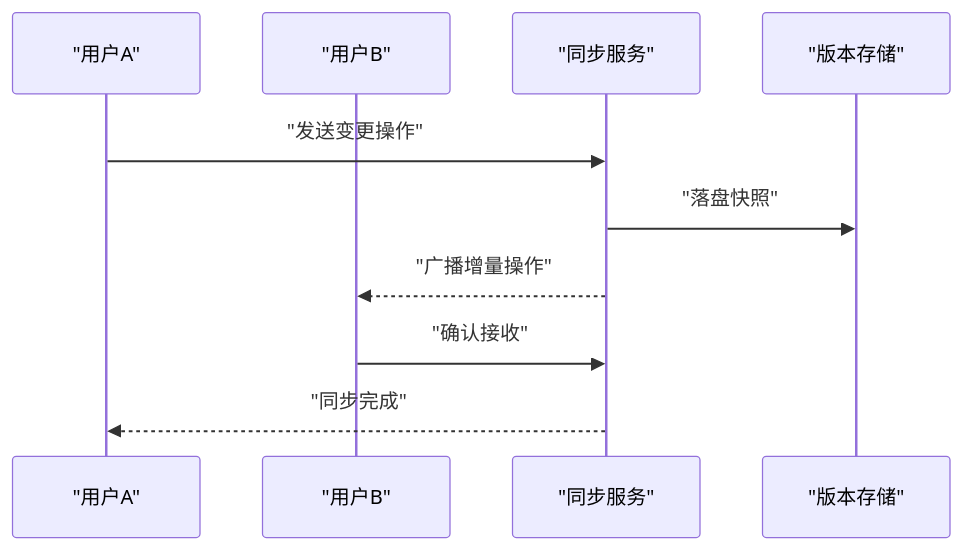
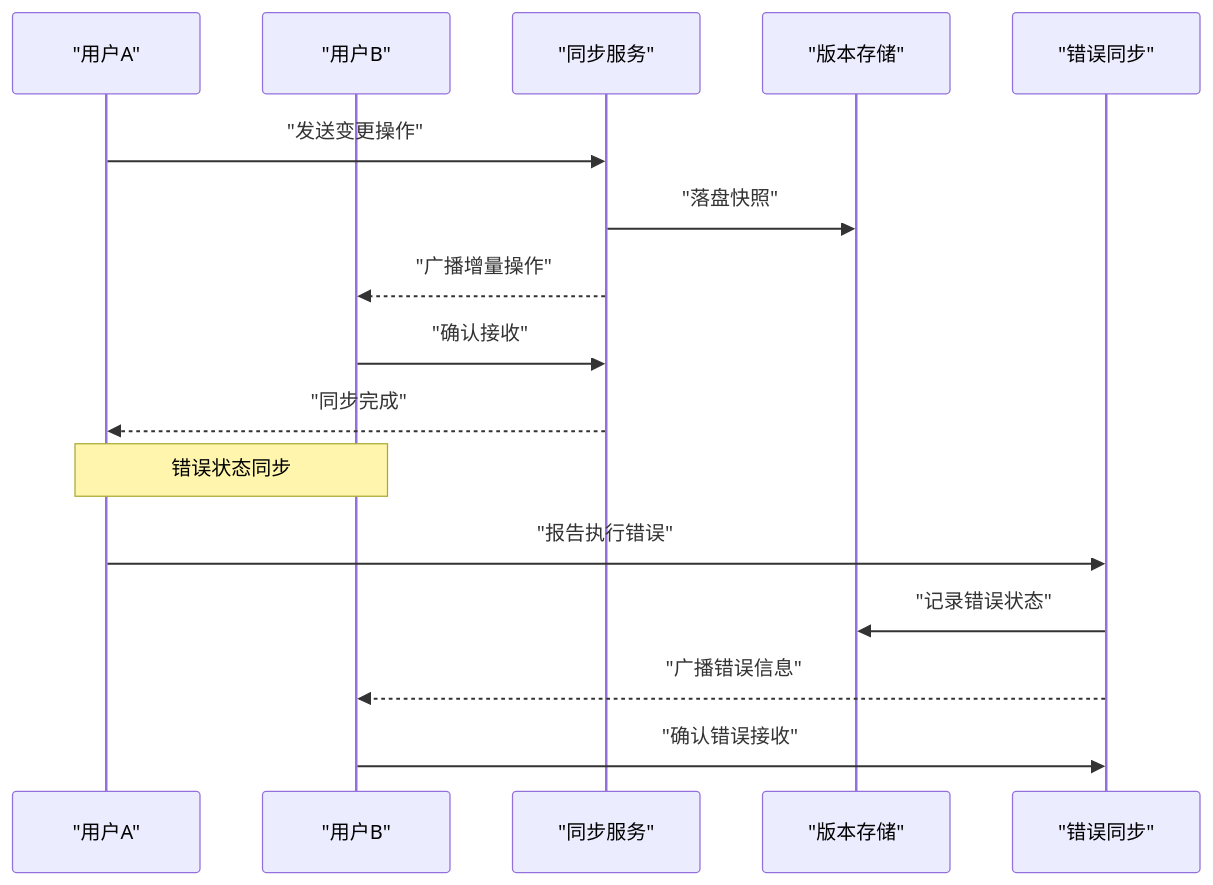
Diagram 14 of 15 in .qoder/repowiki/zh/content/画布编辑器/画布编辑器.md (scottcwy/PurpleInk), drawn with Mermaid before and after one commit. The commit also changed other lines of this file and 109 other files, not shown here.

````diff
--- a/.qoder/repowiki/zh/content/画布编辑器/画布编辑器.md
+++ b/.qoder/repowiki/zh/content/画布编辑器/画布编辑器.md
@@ -510,12 +676,18 @@
 ```mermaid
 sequenceDiagram
 participant A as "用户A"
 participant B as "用户B"
 participant Sync as "同步服务"
 participant Store as "版本存储"
+participant ErrorSync as "错误同步"
 A->>Sync : "发送变更操作"
 Sync->>Store : "落盘快照"
 Sync-->>B : "广播增量操作"
 B->>Sync : "确认接收"
 Sync-->>A : "同步完成"
+Note over A,B : 错误状态同步
+A->>ErrorSync : "报告执行错误"
+ErrorSync->>Store : "记录错误状态"
+ErrorSync-->>B : "广播错误信息"
+B->>ErrorSync : "确认错误接收"
 ```
````
